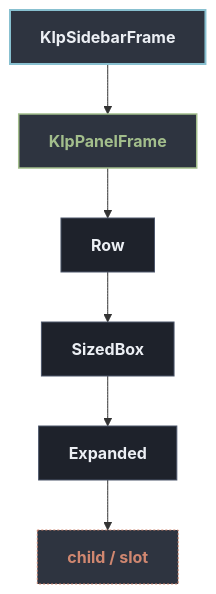
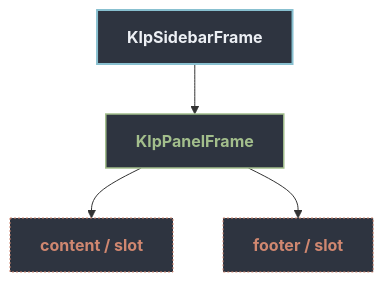
One commit to MiuDog/Kallopis changed the diagram in docs/architecture/components/shell/klp_sidebar_frame.md. Above: the diagram before and after it, drawn with Mermaid. The commit also changed other lines of this file and 29 other files, not shown here.

````diff
--- a/docs/architecture/components/shell/klp_sidebar_frame.md
+++ b/docs/architecture/components/shell/klp_sidebar_frame.md
@@ -13,20 +13,16 @@
 ```mermaid
 flowchart TD
   classDef default fill:#1E222B,stroke:#4C566A,stroke-width:1px,color:#ECEFF4;
   classDef root fill:#2E3440,stroke:#88C0D0,stroke-width:2px,color:#ECEFF4,font-weight:bold;
   classDef reference fill:#3B4252,stroke:#EBCB8B,stroke-width:1.5px,stroke-dasharray: 4 3,color:#EBCB8B;
   classDef container fill:#2E3440,stroke:#A3BE8C,stroke-width:1.5px,color:#A3BE8C;
   classDef slot fill:#2E3440,stroke:#D08770,stroke-width:1px,stroke-dasharray: 2 2,color:#D08770;
 
   root["KlpSidebarFrame"]:::root
   n1["KlpPanelFrame"]:::container
   root --> n1
-  n2["Row"]
+  n2["content / slot"]:::slot
   n1 --> n2
-  n3["SizedBox"]
-  n2 --> n3
-  n4["Expanded"]
-  n3 --> n4
-  n5["child / slot"]:::slot
-  n4 --> n5
+  n3["footer / slot"]:::slot
+  n1 --> n3
 ```
````
